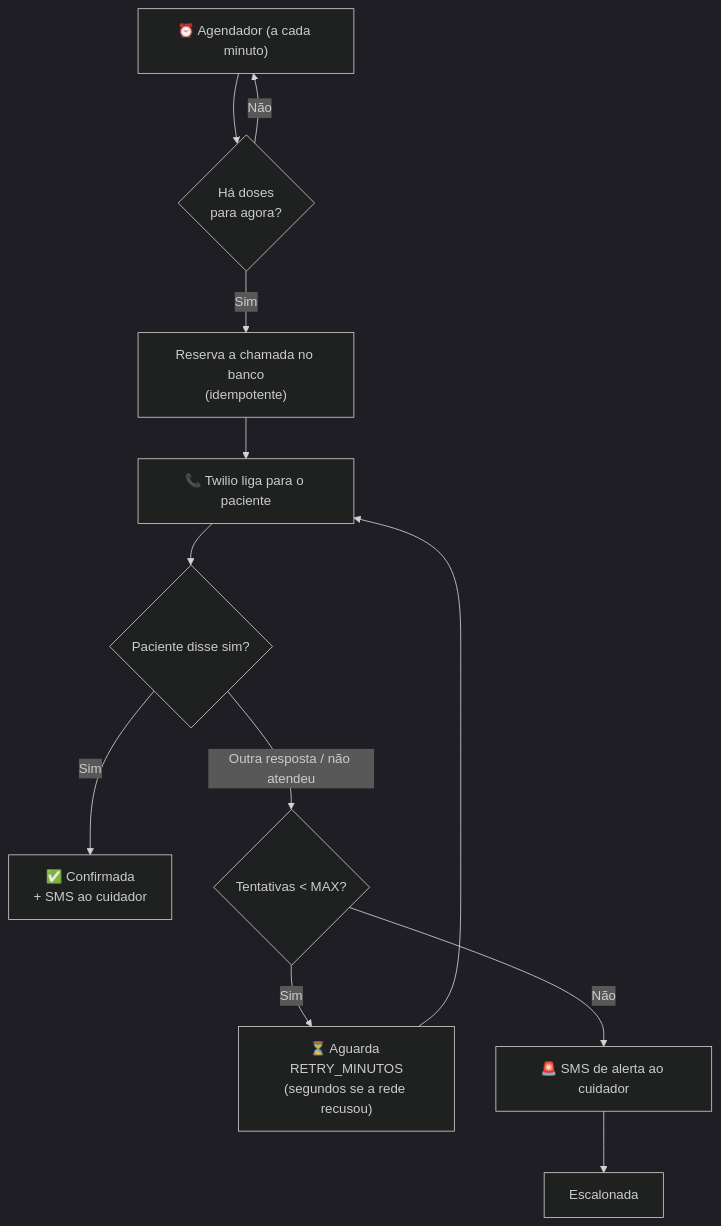
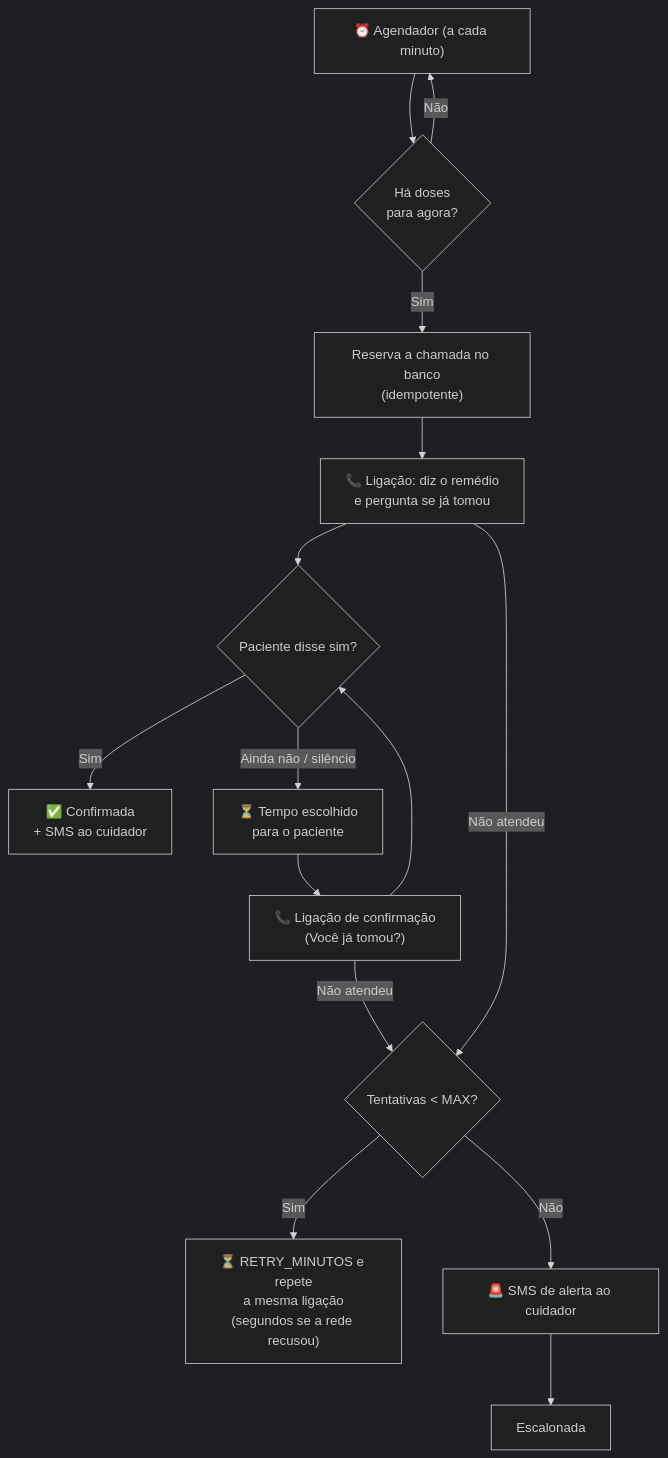
Before and after one commit to cszinn/LembreMed: the diagram in README.md, drawn with Mermaid (dark theme). The commit also changed other lines of this file and 14 other files, not shown here.

First line of the commit message:
feat: religar no tempo de cada paciente, número brasileiro na ligação e caixa postal

````diff
--- a/README.md
+++ b/README.md
@@ -299,13 +319,17 @@
 ```mermaid
 flowchart TD
     A["⏰ Agendador (a cada minuto)"] --> B{"Há doses<br/>para agora?"}
     B -- Não --> A
     B -- Sim --> C["Reserva a chamada no banco<br/>(idempotente)"]
-    C --> D["📞 Twilio liga para o paciente"]
-    D --> E{"Paciente disse sim?"}
+    C --> L["📞 Ligação: diz o remédio<br/>e pergunta se já tomou"]
+    L --> E{"Paciente disse sim?"}
     E -- Sim --> F["✅ Confirmada<br/>+ SMS ao cuidador"]
-    E -- "Outra resposta / não atendeu" --> G{"Tentativas < MAX?"}
-    G -- Sim --> H["⏳ Aguarda RETRY_MINUTOS<br/>(segundos se a rede recusou)"] --> D
+    E -- "Ainda não / silêncio" --> W["⏳ Tempo escolhido<br/>para o paciente"]
+    W --> D["📞 Ligação de confirmação<br/>(Você já tomou?)"]
+    D --> E
+    L -- "Não atendeu" --> G{"Tentativas < MAX?"}
+    D -- "Não atendeu" --> G
+    G -- Sim --> H["⏳ RETRY_MINUTOS e repete<br/>a mesma ligação<br/>(segundos se a rede recusou)"]
     G -- Não --> I["🚨 SMS de alerta ao cuidador"]
     I --> J["Escalonada"]
 ```
````
